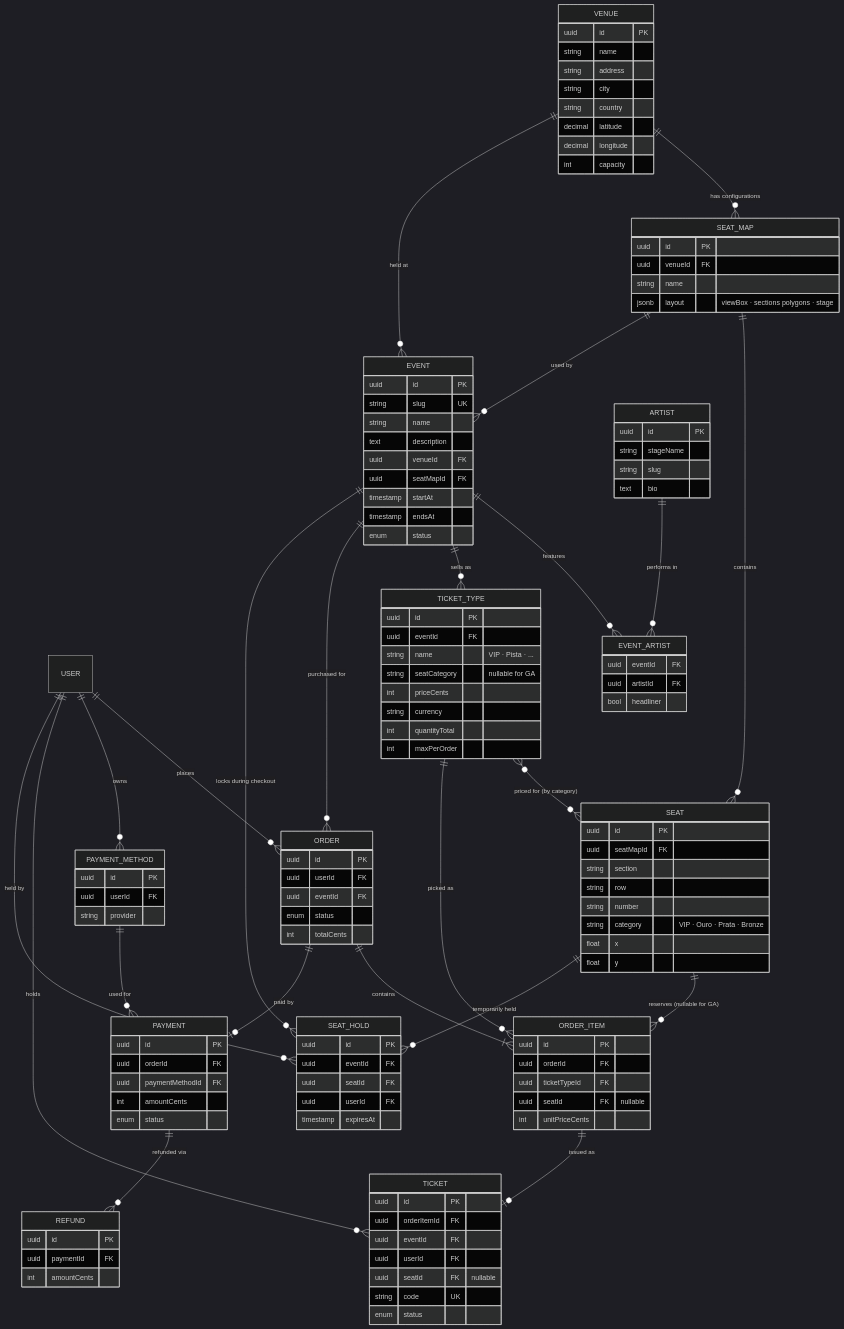
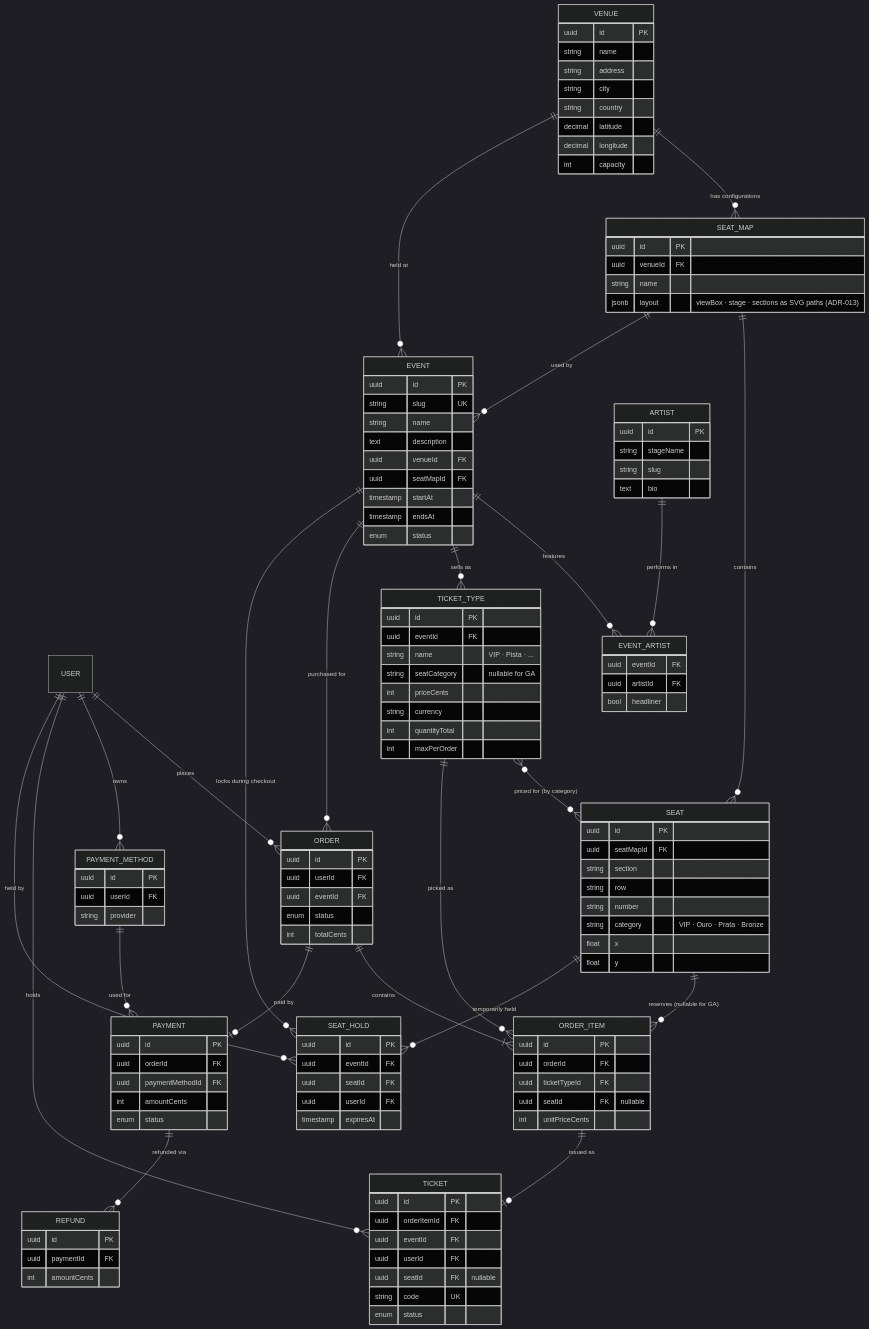
The diagram in docs/architecture/entities.mmd (emanoelvso/seat-sure), drawn with Mermaid before and after one commit.

Commit message:
docs: describe seat map sections as svg paths

```diff
--- a/docs/architecture/entities.mmd
+++ b/docs/architecture/entities.mmd
@@ -1,139 +1,139 @@
 ---
 config:
   theme: dark
 ---
 erDiagram
     USER ||--o{ ORDER : places
     USER ||--o{ PAYMENT_METHOD : owns
     USER ||--o{ TICKET : holds
 
     VENUE ||--o{ SEAT_MAP : "has configurations"
     SEAT_MAP ||--o{ SEAT : contains
     SEAT_MAP ||--o{ EVENT : "used by"
 
     EVENT }o--|| VENUE : "held at"
     EVENT ||--o{ EVENT_ARTIST : features
     ARTIST ||--o{ EVENT_ARTIST : "performs in"
 
     EVENT ||--o{ TICKET_TYPE : "sells as"
     TICKET_TYPE }o--o{ SEAT : "priced for (by category)"
 
     EVENT ||--o{ ORDER : "purchased for"
     ORDER ||--|{ ORDER_ITEM : contains
     TICKET_TYPE ||--o{ ORDER_ITEM : "picked as"
     SEAT ||--o{ ORDER_ITEM : "reserves (nullable for GA)"
 
     EVENT ||--o{ SEAT_HOLD : "locks during checkout"
     SEAT ||--o{ SEAT_HOLD : "temporarily held"
     USER ||--o{ SEAT_HOLD : "held by"
 
     ORDER_ITEM ||--o| TICKET : "issued as"
     PAYMENT_METHOD ||--o{ PAYMENT : "used for"
     ORDER ||--o| PAYMENT : "paid by"
     PAYMENT ||--o{ REFUND : "refunded via"
 
     VENUE {
         uuid id PK
         string name
         string address
         string city
         string country
         decimal latitude
         decimal longitude
         int capacity
     }
     SEAT_MAP {
         uuid id PK
         uuid venueId FK
         string name
-        jsonb layout "viewBox · sections polygons · stage"
+        jsonb layout "viewBox · stage · sections as SVG paths (ADR-013)"
     }
     SEAT {
         uuid id PK
         uuid seatMapId FK
         string section
         string row
         string number
         string category "VIP · Ouro · Prata · Bronze"
         float x
         float y
     }
     ARTIST {
         uuid id PK
         string stageName
         string slug
         text bio
     }
     EVENT {
         uuid id PK
         string slug UK
         string name
         text description
         uuid venueId FK
         uuid seatMapId FK
         timestamp startAt
         timestamp endsAt
         enum status
     }
     EVENT_ARTIST {
         uuid eventId FK
         uuid artistId FK
         bool headliner
     }
     TICKET_TYPE {
         uuid id PK
         uuid eventId FK
         string name "VIP · Pista · ..."
         string seatCategory "nullable for GA"
         int priceCents
         string currency
         int quantityTotal
         int maxPerOrder
     }
     ORDER {
         uuid id PK
         uuid userId FK
         uuid eventId FK
         enum status
         int totalCents
     }
     ORDER_ITEM {
         uuid id PK
         uuid orderId FK
         uuid ticketTypeId FK
         uuid seatId FK "nullable"
         int unitPriceCents
     }
     SEAT_HOLD {
         uuid id PK
         uuid eventId FK
         uuid seatId FK
         uuid userId FK
         timestamp expiresAt
     }
     TICKET {
         uuid id PK
         uuid orderItemId FK
         uuid eventId FK
         uuid userId FK
         uuid seatId FK "nullable"
         string code UK
         enum status
     }
     PAYMENT_METHOD {
         uuid id PK
         uuid userId FK
         string provider
     }
     PAYMENT {
         uuid id PK
         uuid orderId FK
         uuid paymentMethodId FK
         int amountCents
         enum status
     }
     REFUND {
         uuid id PK
         uuid paymentId FK
         int amountCents
     }
```
